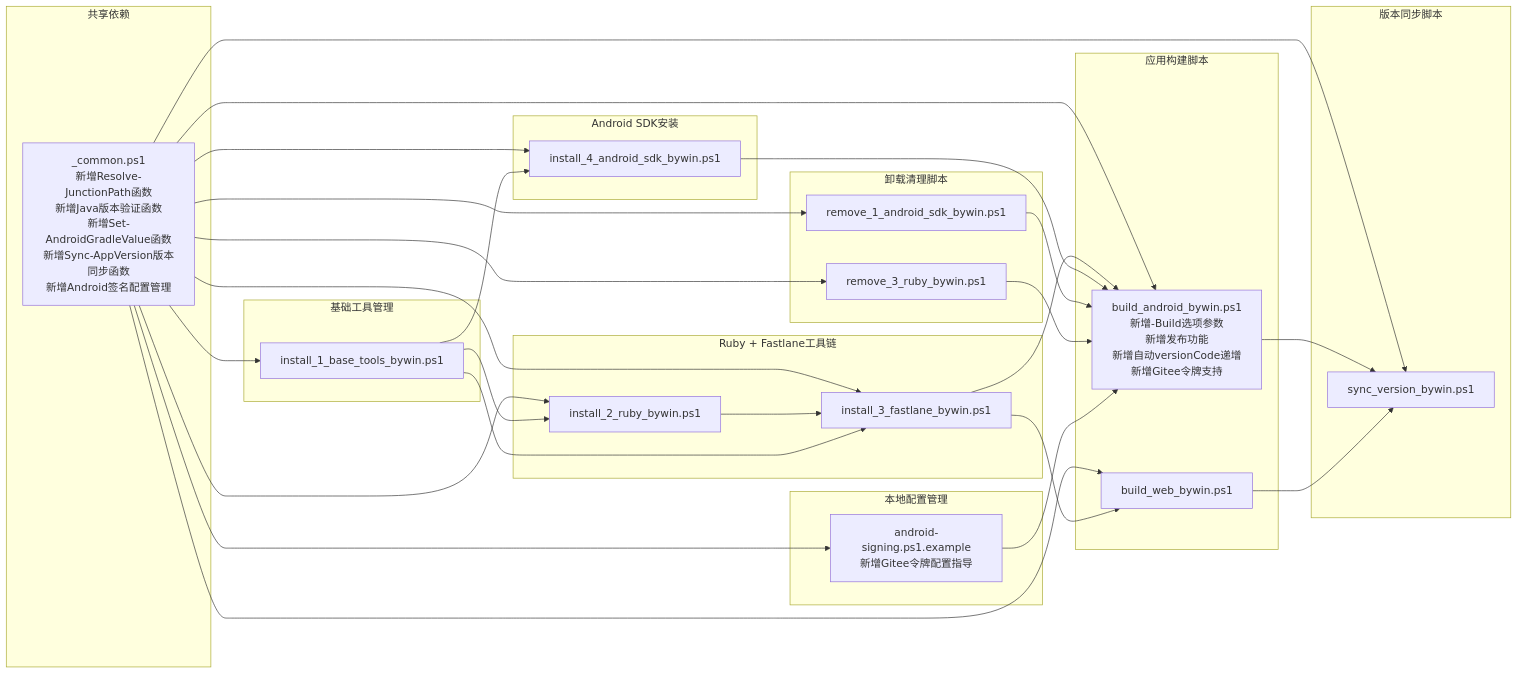
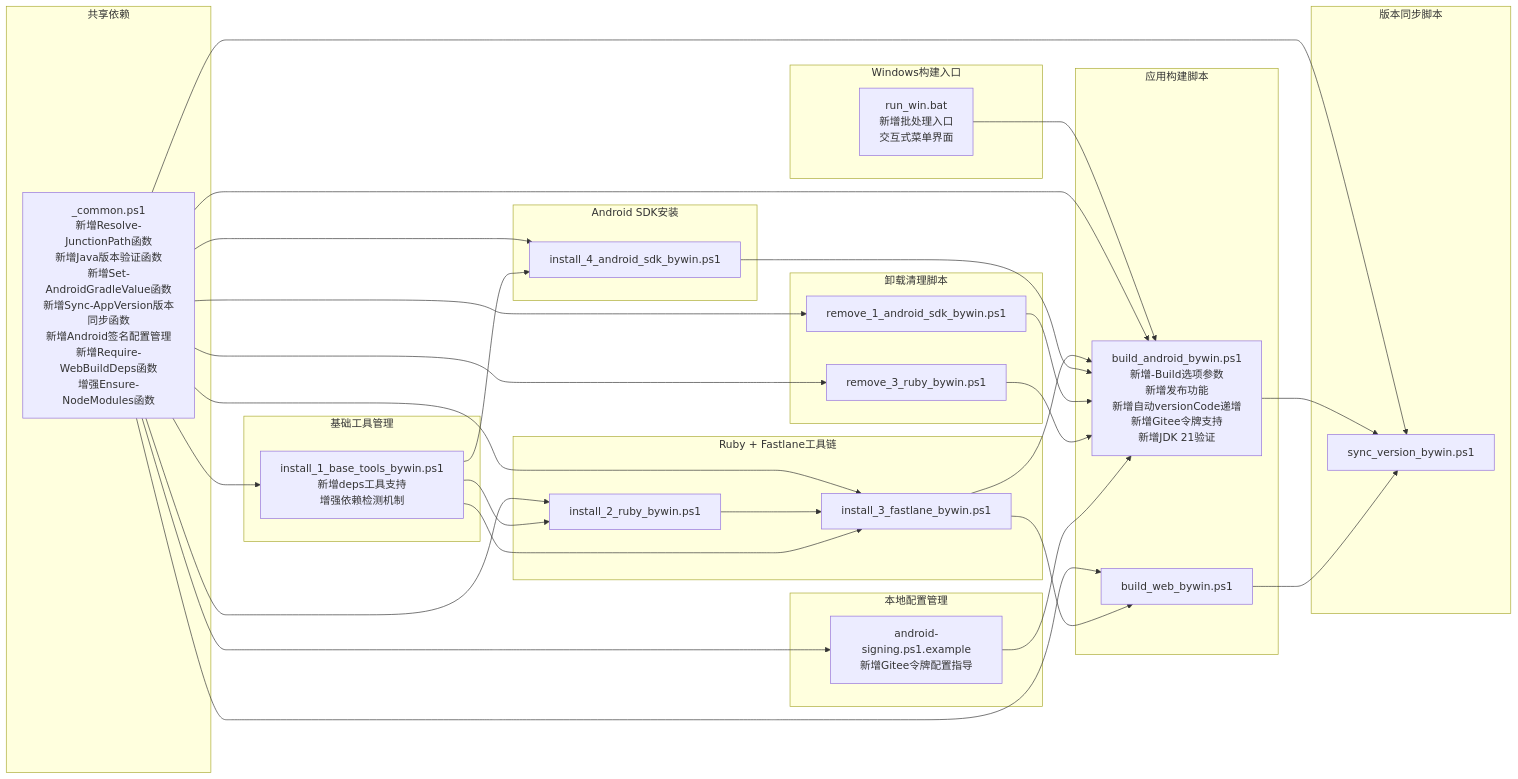
One commit to tea4go/Macro-Deck-Client-App changed diagram 11 of 11 in .qoder/repowiki/zh/content/构建与部署/Windows PowerShell自动化.md. Above: the diagram before and after it, drawn with Mermaid. The commit also changed other lines of this file and 39 other files, not shown here.

````diff
--- a/.qoder/repowiki/zh/content/构建与部署/Windows PowerShell自动化.md
+++ b/.qoder/repowiki/zh/content/构建与部署/Windows PowerShell自动化.md
@@ -982,52 +827,56 @@
 ```mermaid
 graph LR
+subgraph "Windows构建入口"
+RunBat[run_win.bat<br/>新增批处理入口<br/>交互式菜单界面]
+end
 subgraph "共享依赖"
-Common[_common.ps1<br/>新增Resolve-JunctionPath函数<br/>新增Java版本验证函数<br/>新增Set-AndroidGradleValue函数<br/>新增Sync-AppVersion版本同步函数<br/>新增Android签名配置管理]
+Common[_common.ps1<br/>新增Resolve-JunctionPath函数<br/>新增Java版本验证函数<br/>新增Set-AndroidGradleValue函数<br/>新增Sync-AppVersion版本同步函数<br/>新增Android签名配置管理<br/>新增Require-WebBuildDeps函数<br/>增强Ensure-NodeModules函数]
 end
 subgraph "基础工具管理"
-BaseTools[install_1_base_tools_bywin.ps1]
+BaseTools[install_1_base_tools_bywin.ps1<br/>新增deps工具支持<br/>增强依赖检测机制]
 end
 subgraph "Ruby + Fastlane工具链"
 InstallRuby[install_2_ruby_bywin.ps1]
 InstallFastlane[install_3_fastlane_bywin.ps1]
 end
 subgraph "Android SDK安装"
 InstallSDK[install_4_android_sdk_bywin.ps1]
 end
 subgraph "应用构建脚本"
-BuildAndroid[build_android_bywin.ps1<br/>新增-Build选项参数<br/>新增发布功能<br/>新增自动versionCode递增<br/>新增Gitee令牌支持]
+BuildAndroid[build_android_bywin.ps1<br/>新增-Build选项参数<br/>新增发布功能<br/>新增自动versionCode递增<br/>新增Gitee令牌支持<br/>新增JDK 21验证]
 BuildWeb[build_web_bywin.ps1]
 end
 subgraph "版本同步脚本"
 SyncVersion[sync_version_bywin.ps1]
 end
 subgraph "卸载清理脚本"
 RemoveSDK[remove_1_android_sdk_bywin.ps1]
 RemoveRuby[remove_3_ruby_bywin.ps1]
 end
 subgraph "本地配置管理"
 SignConfig[android-signing.ps1.example<br/>新增Gitee令牌配置指导]
 end
+RunBat --> BuildAndroid
 Common --> BaseTools
 Common --> InstallRuby
 Common --> InstallFastlane
 Common --> InstallSDK
 Common --> BuildAndroid
 Common --> BuildWeb
 Common --> SyncVersion
 Common --> RemoveSDK
 Common --> RemoveRuby
 Common --> SignConfig
 InstallRuby --> InstallFastlane
 InstallFastlane --> BuildAndroid
 InstallFastlane --> BuildWeb
 InstallSDK --> BuildAndroid
 BuildAndroid --> SyncVersion
 BuildWeb --> SyncVersion
 RemoveSDK --> BuildAndroid
 RemoveRuby --> BuildAndroid
 BaseTools --> InstallRuby
 BaseTools --> InstallFastlane
 BaseTools --> InstallSDK
 SignConfig --> BuildAndroid
 ```
````
